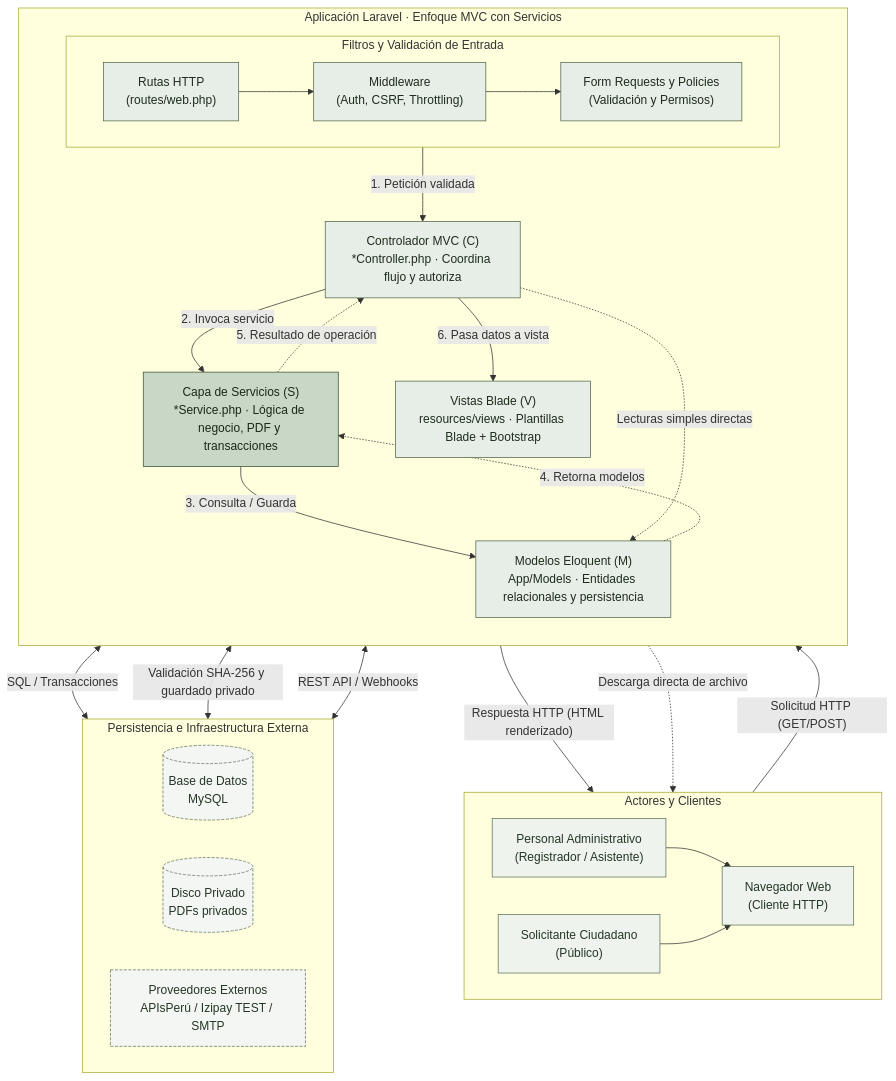
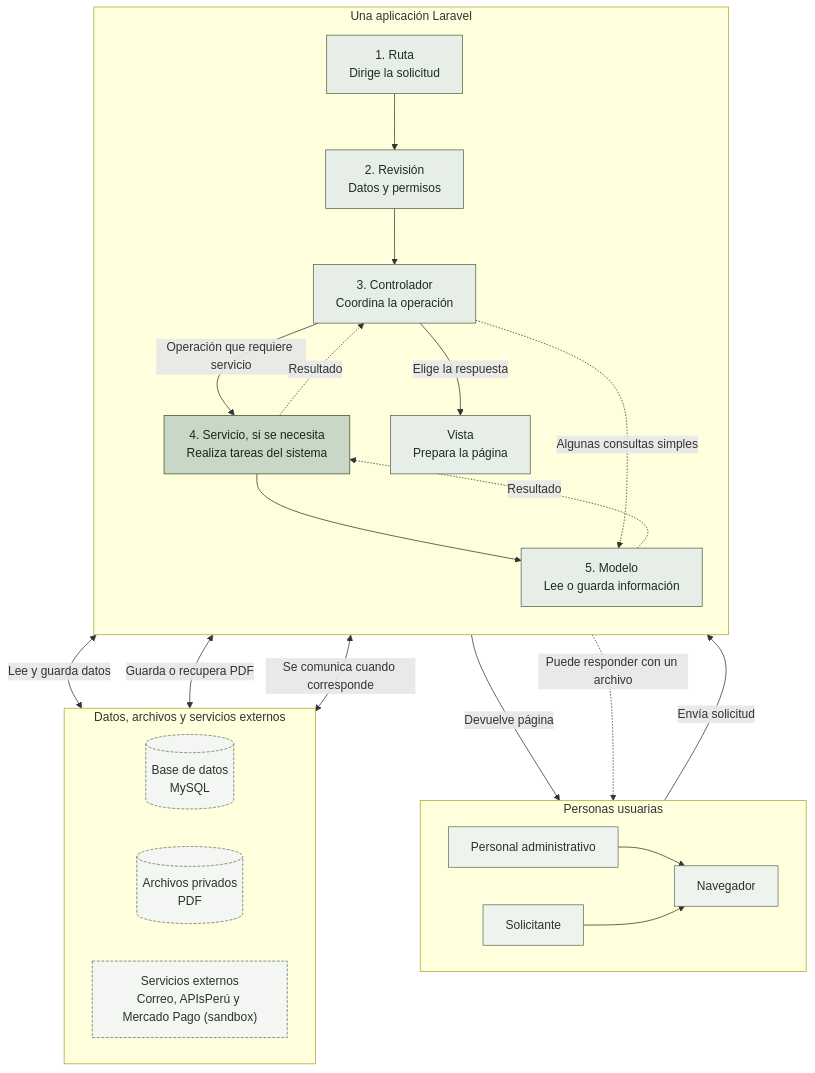
One commit to DeyviQC/RegistroCivil_arquiSoft_Quispe-02 changed the first of 2 diagrams in arquitectura/enfoque-arquitectonico.md. Above: the diagram before and after it, drawn with Mermaid. The commit also changed other lines of this file and 18 other files, not shown here.

````diff
--- a/arquitectura/enfoque-arquitectonico.md
+++ b/arquitectura/enfoque-arquitectonico.md
@@ -17,66 +32,52 @@
 ```mermaid
 flowchart TD
-    %% ACTORES Y CLIENTES
-    subgraph Clientes ["Actores y Clientes"]
+    subgraph Personas ["Personas usuarias"]
         direction LR
-        Admin["Personal Administrativo<br/>(Registrador / Asistente)"]
-        Ciudadano["Solicitante Ciudadano<br/>(Público)"]
-        Navegador["Navegador Web<br/>(Cliente HTTP)"]
-        Admin --> Navegador
-        Ciudadano --> Navegador
+        Personal["Personal administrativo"]
+        Solicitante["Solicitante"]
+        Navegador["Navegador"]
+        Personal --> Navegador
+        Solicitante --> Navegador
     end
 
-    %% MONOLITO MVC
-    subgraph Monolito ["Aplicación Laravel · Enfoque MVC con Servicios"]
+    subgraph Aplicacion ["Una aplicación Laravel"]
         direction TB
+        Rutas["1. Ruta<br/>Dirige la solicitud"]
+        Controles["2. Revisión<br/>Datos y permisos"]
+        Controlador["3. Controlador<br/>Coordina la operación"]
+        Servicios["4. Servicio, si se necesita<br/>Realiza tareas del sistema"]
+        Modelo["5. Modelo<br/>Lee o guarda información"]
+        Vista["Vista<br/>Prepara la página"]
 
-        subgraph FiltrosEntrada ["Filtros y Validación de Entrada"]
-            direction LR
-            Rutas["Rutas HTTP<br/>(routes/web.php)"]
-            Middleware["Middleware<br/>(Auth, CSRF, Throttling)"]
-            Requests["Form Requests y Policies<br/>(Validación y Permisos)"]
-            Rutas --> Middleware --> Requests
-        end
-
-        Controlador["Controlador MVC (C)<br/>*Controller.php · Coordina flujo y autoriza"]
-        Servicios["Capa de Servicios (S)<br/>*Service.php · Lógica de negocio, PDF y transacciones"]
-        Modelos["Modelos Eloquent (M)<br/>App/Models · Entidades relacionales y persistencia"]
-        Vistas["Vistas Blade (V)<br/>resources/views · Plantillas Blade + Bootstrap"]
-
-        %% FLUJO MVC NUMERADO Y COMPACTO
-        Requests -->|"1. Petición validada"| Controlador
-        Controlador -->|"2. Invoca servicio"| Servicios
-        Servicios -->|"3. Consulta / Guarda"| Modelos
-        Modelos -.->|"4. Retorna modelos"| Servicios
-        Servicios -.->|"5. Resultado de operación"| Controlador
-        Controlador -->|"6. Pasa datos a vista"| Vistas
-        Controlador -.->|"Lecturas simples directas"| Modelos
+        Rutas --> Controles --> Controlador
+        Controlador -->|"Operación que requiere servicio"| Servicios
+        Servicios --> Modelo
+        Modelo -.->|"Resultado"| Servicios
+        Servicios -.->|"Resultado"| Controlador
+        Controlador -->|"Elige la respuesta"| Vista
+        Controlador -.->|"Algunas consultas simples"| Modelo
     end
 
-    %% INFRAESTRUCTURA EXTERNA
-    subgraph Infraestructura ["Persistencia e Infraestructura Externa"]
+    subgraph Dependencias ["Datos, archivos y servicios externos"]
         direction LR
-        MySQL[("Base de Datos<br/>MySQL")]
-        Storage[("Disco Privado<br/>PDFs privados")]
-        Externos["Proveedores Externos<br/>APIsPerú / Izipay TEST / SMTP"]
+        MySQL[("Base de datos<br/>MySQL")]
+        Storage[("Archivos privados<br/>PDF")]
+        Externos["Servicios externos<br/>Correo, APIsPerú y Mercado Pago (sandbox)"]
     end
 
-    %% CONEXIONES EXTERNAS
-    Navegador -->|"Solicitud HTTP (GET/POST)"| Rutas
-    Vistas -->|"Respuesta HTTP (HTML renderizado)"| Navegador
-    Controlador -.->|"Descarga directa de archivo"| Navegador
-    Modelos <-->|"SQL / Transacciones"| MySQL
-    Servicios <-->|"Validación SHA-256 y guardado privado"| Storage
-    Servicios <-->|"REST API / Webhooks"| Externos
+    Navegador -->|"Envía solicitud"| Rutas
+    Vista -->|"Devuelve página"| Navegador
+    Controlador -.->|"Puede responder con un archivo"| Navegador
+    Modelo <-->|"Lee y guarda datos"| MySQL
+    Servicios <-->|"Guarda o recupera PDF"| Storage
+    Servicios <-->|"Se comunica cuando corresponde"| Externos
 
-    %% ESTILOS VISUALES
     classDef actor fill:#eef3ed,stroke:#61745a,color:#263626
     classDef mvc fill:#e7eee7,stroke:#52684c,color:#1e2d1e
     classDef service fill:#c9d8c6,stroke:#3b5235,color:#1b281b
     classDef storage fill:#f4f6f4,stroke:#61745a,stroke-dasharray: 4 2,color:#263626
-    
-    class Admin,Ciudadano,Navegador actor
-    class Rutas,Middleware,Requests,Controlador,Modelos,Vistas mvc
+    class Personal,Solicitante,Navegador actor
+    class Rutas,Controles,Controlador,Modelo,Vista mvc
     class Servicios service
     class MySQL,Storage,Externos storage
 ```
````
